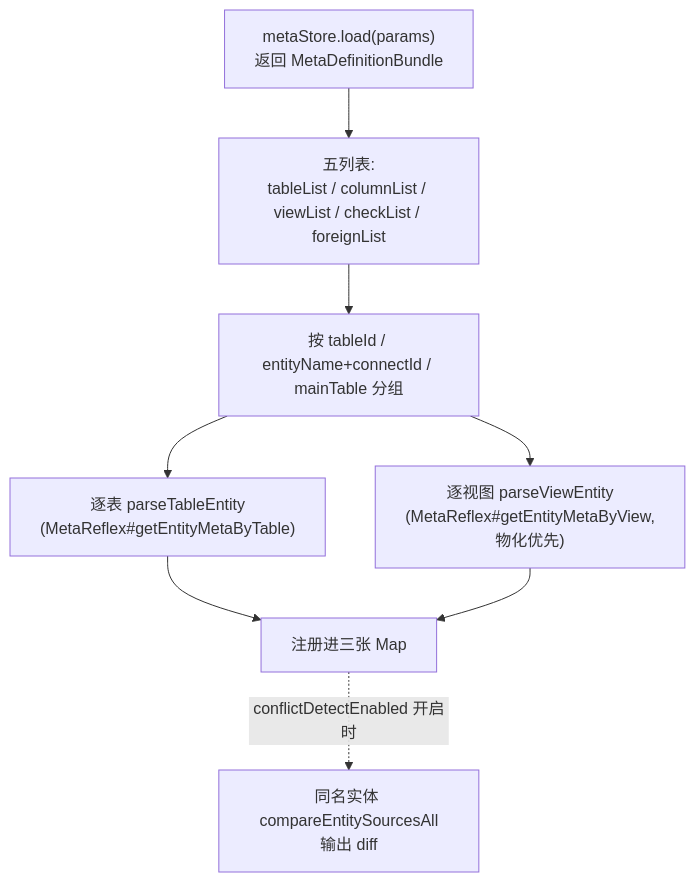
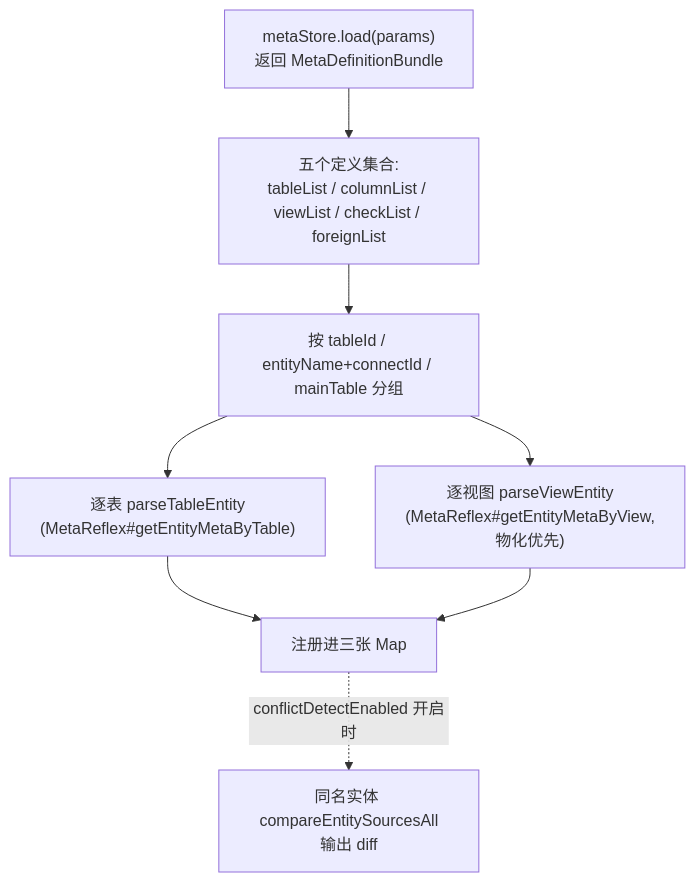
Before and after one commit to geelato-projects/geelato-community-backend: the diagram in website/official-docs/zh-cn/metadata/loading.md, drawn with Mermaid. The commit also changed other lines of this file and 42 other files, not shown here.

````diff
--- a/website/official-docs/zh-cn/metadata/loading.md
+++ b/website/official-docs/zh-cn/metadata/loading.md
@@ -68,9 +68,9 @@
 ```mermaid
 flowchart TB
-    A["metaStore.load(params)<br/>返回 MetaDefinitionBundle"] --> B["五列表:<br/>tableList / columnList / viewList / checkList / foreignList"]
+    A["metaStore.load(params)<br/>返回 MetaDefinitionBundle"] --> B["五个定义集合:<br/>tableList / columnList / viewList / checkList / foreignList"]
     B --> C["按 tableId / entityName+connectId / mainTable 分组"]
     C --> D["逐表 parseTableEntity<br/>(MetaReflex#getEntityMetaByTable)"]
     C --> E["逐视图 parseViewEntity<br/>(MetaReflex#getEntityMetaByView,物化优先)"]
     D & E --> F["注册进三张 Map"]
     F -.->|"conflictDetectEnabled 开启时"| G["同名实体 compareEntitySourcesAll<br/>输出 diff"]
 ```
````
